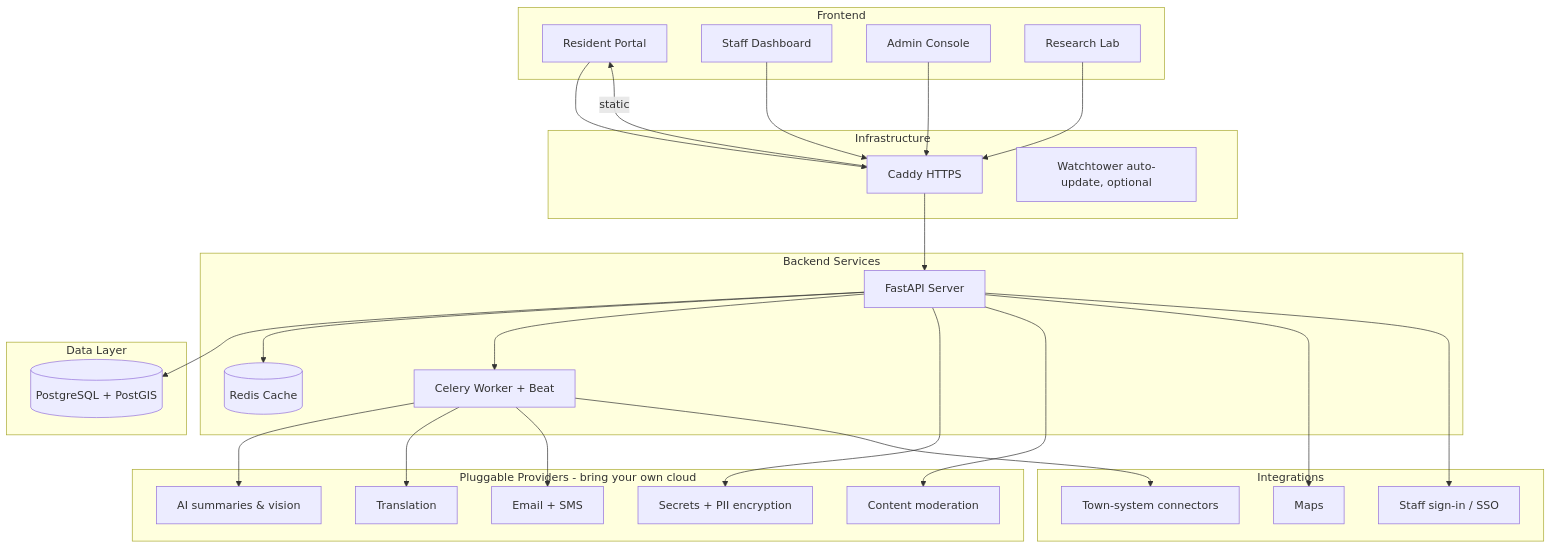
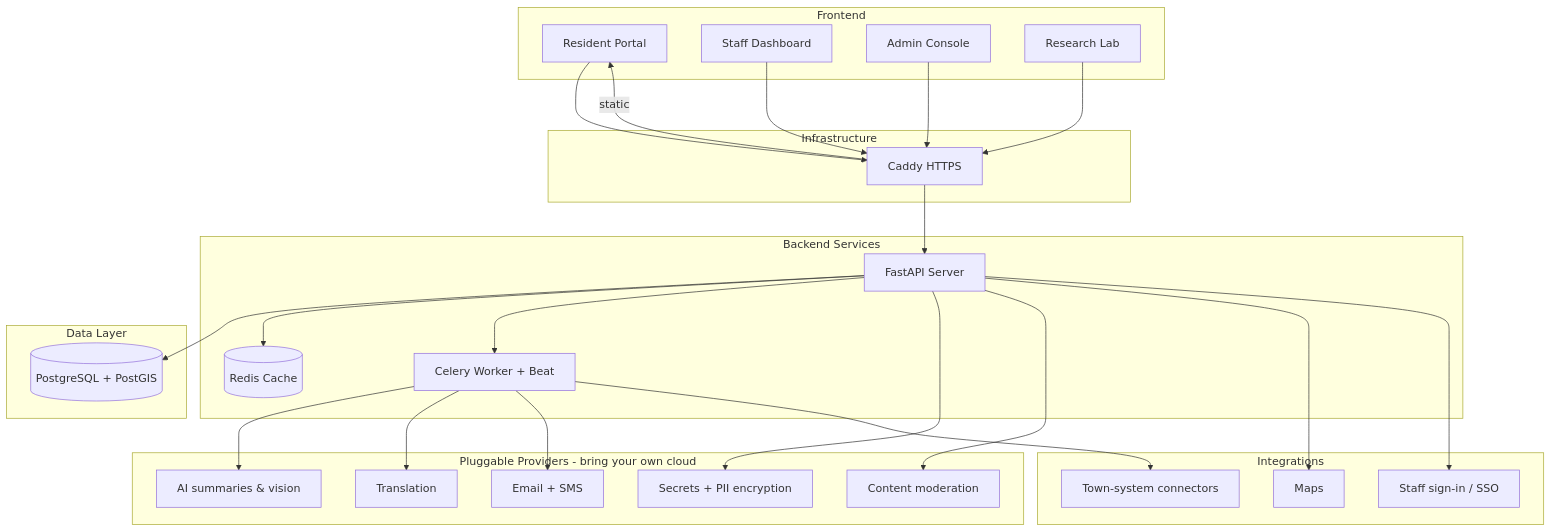
The first of 3 diagrams in README.md (Pinpoint-311/Pinpoint-311), drawn with Mermaid before and after one commit. The commit also changed other lines of this file and 2 other files, not shown here.

First line of the commit message:
Remove Watchtower: nothing on a town's server updates itself

````diff
--- a/README.md
+++ b/README.md
@@ -135,59 +135,58 @@
 ```mermaid
 graph TB
     subgraph "Frontend"
         RP[Resident Portal]
         SP[Staff Dashboard]
         AC[Admin Console]
         RL[Research Lab]
     end
 
     subgraph "Backend Services"
         API[FastAPI Server]
         WK[Celery Worker + Beat]
         RD[(Redis Cache)]
     end
 
     subgraph "Data Layer"
         PG[(PostgreSQL + PostGIS)]
     end
 
     subgraph "Infrastructure"
         CD[Caddy HTTPS]
-        WT[Watchtower auto-update, optional]
     end
 
     subgraph "Pluggable Providers - bring your own cloud"
         AI[AI summaries & vision]
         TR[Translation]
         SEC[Secrets + PII encryption]
         MSG[Email + SMS]
         MOD[Content moderation]
     end
 
     subgraph "Integrations"
         GM[Maps]
         IDP[Staff sign-in / SSO]
         GT[Town-system connectors]
     end
 
     RP --> CD
     SP --> CD
     AC --> CD
     RL --> CD
     CD --> API
     CD --> |static| RP
 
     API --> PG
     API --> RD
     API --> WK
 
     WK --> AI
     WK --> TR
     WK --> MSG
 
     API --> SEC
     API --> MOD
     API --> GM
     API --> IDP
     WK --> GT
 ```
````
